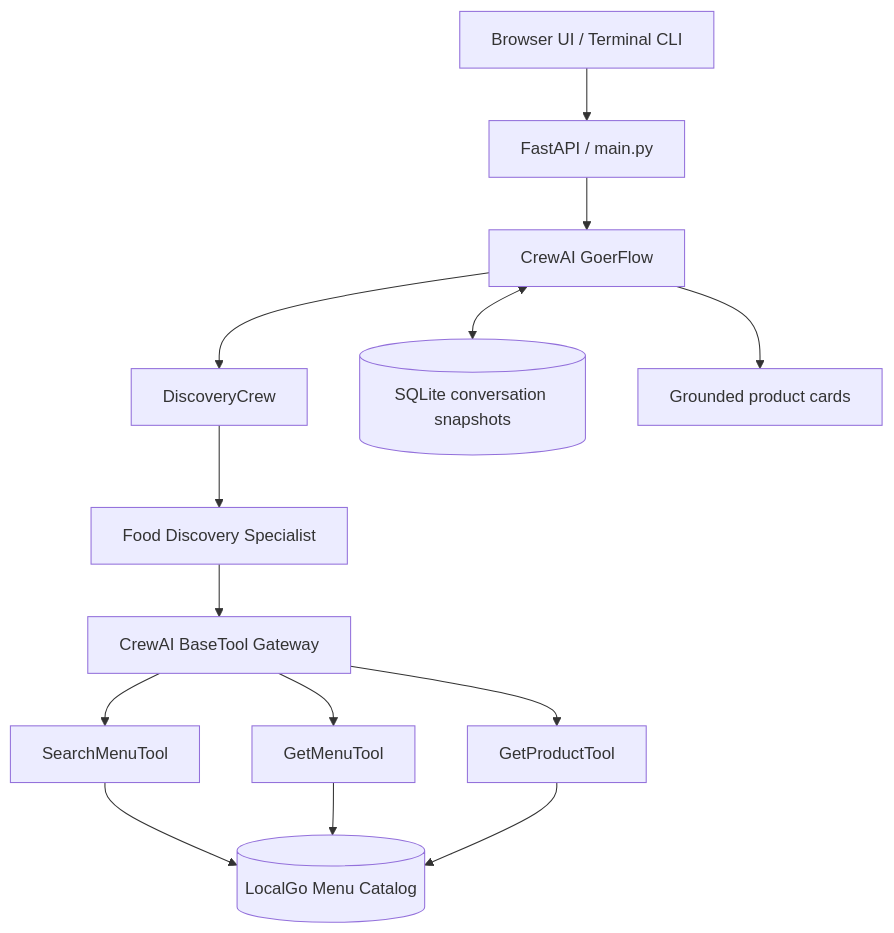
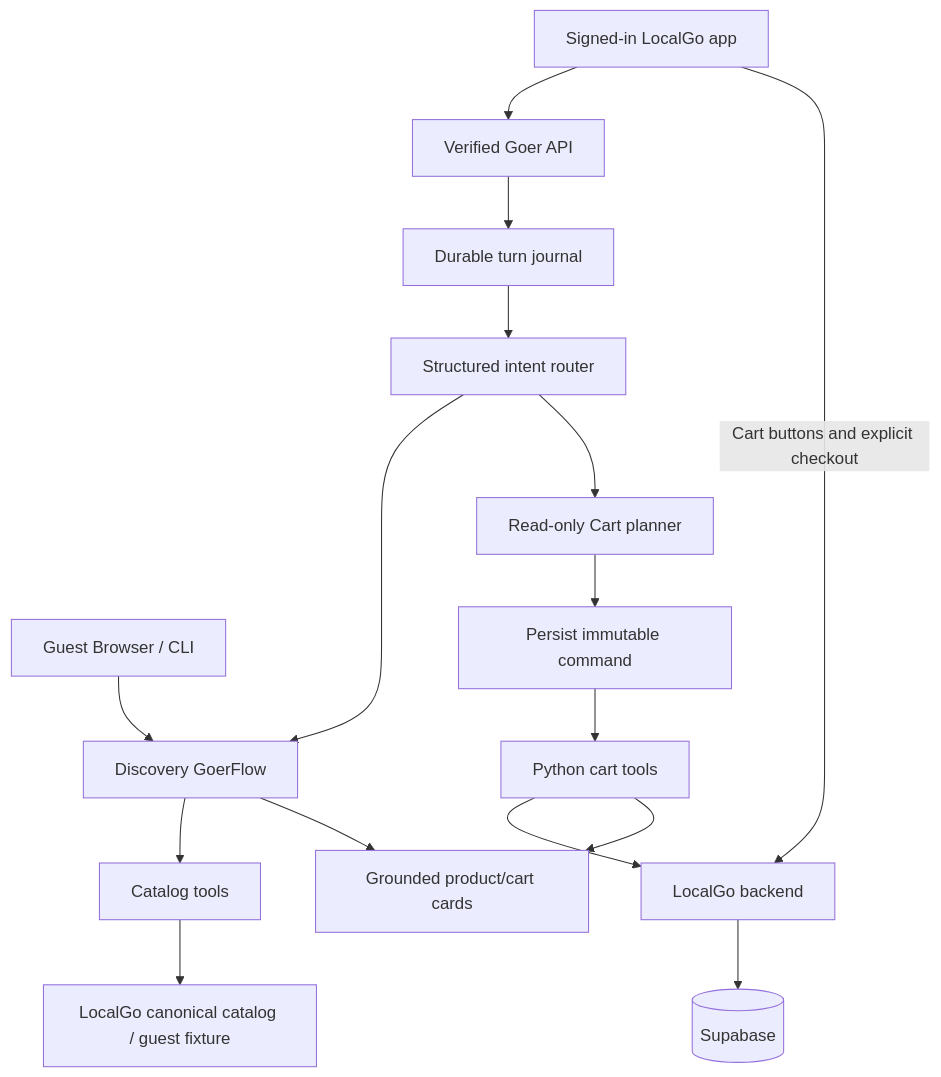
One commit to samerodeh/LocalGo-Consumer changed the diagram in README.md. Above: the diagram before and after it, drawn with Mermaid. The commit also changed other lines of this file, not shown here.

Commit message:
docs: describe routed cart planning and activation requirements

````diff
--- a/README.md
+++ b/README.md
@@ -9,16 +9,18 @@
 ```mermaid
 flowchart TD
-    Client[Browser UI / Terminal CLI] --> API[FastAPI / main.py]
-    API --> Flow[CrewAI GoerFlow]
-    Flow --> Crew[DiscoveryCrew]
-    Crew --> Agent[Food Discovery Specialist]
-    Agent --> Tools[CrewAI BaseTool Gateway]
-    Tools --> SearchTool[SearchMenuTool]
-    Tools --> GetMenuTool[GetMenuTool]
-    Tools --> GetProductTool[GetProductTool]
-    SearchTool --> Catalog[(LocalGo Menu Catalog)]
-    GetMenuTool --> Catalog
-    GetProductTool --> Catalog
-    Flow <--> Sessions[(SQLite conversation snapshots)]
-    Flow --> Cards[Grounded product cards]
+    Guest[Guest Browser / CLI] --> Flow[Discovery GoerFlow]
+    Mobile[Signed-in LocalGo app] --> API[Verified Goer API]
+    API --> Journal[Durable turn journal]
+    Journal --> Router[Structured intent router]
+    Router --> Flow
+    Router --> Cart[Read-only Cart planner]
+    Flow --> Read[Catalog tools]
+    Read --> Catalog[LocalGo canonical catalog / guest fixture]
+    Cart --> Plan[Persist immutable command]
+    Plan --> Write[Python cart tools]
+    Write --> Backend[LocalGo backend]
+    Mobile -->|Cart buttons and explicit checkout| Backend
+    Backend --> DB[(Supabase)]
+    Flow --> Cards[Grounded product/cart cards]
+    Write --> Cards
 ```
````
